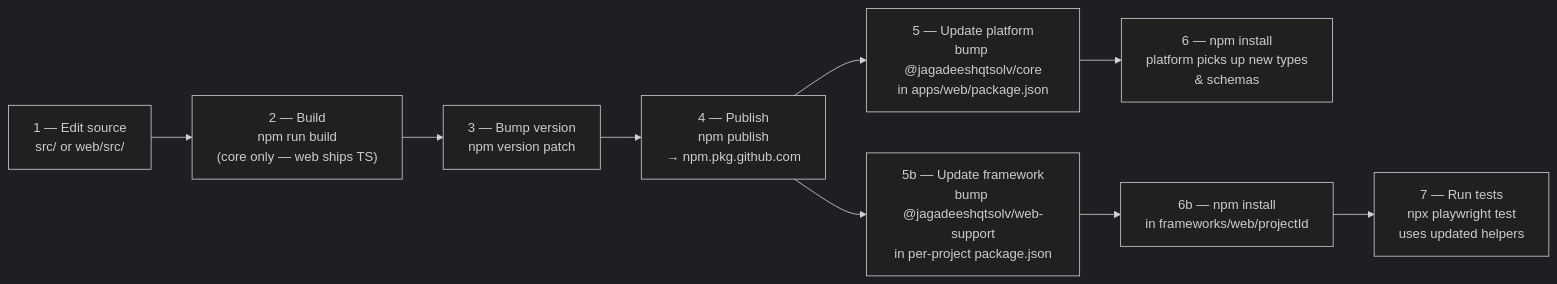
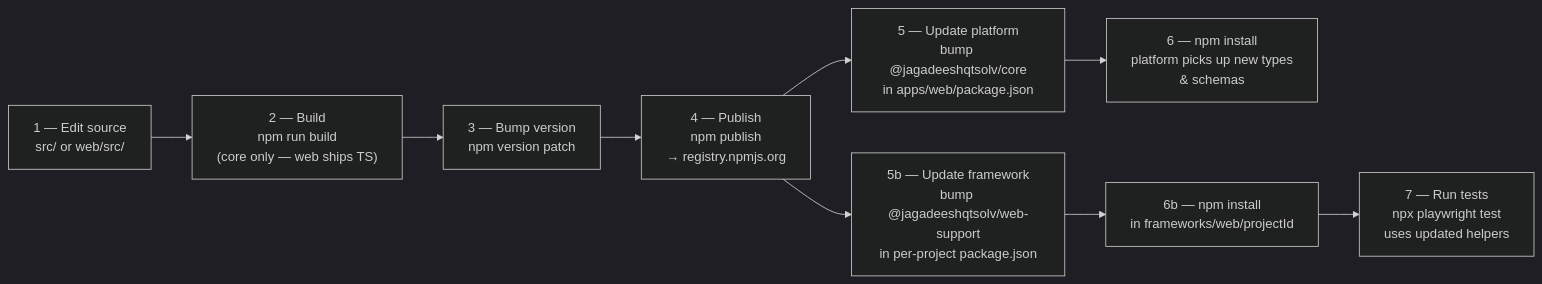
The sixth of 6 diagrams in docs/ARCHITECTURE.md (jagadeeshqtsolv/automation-ai-core), drawn with Mermaid (dark theme) before and after one commit. The commit also changed other lines of this file and 1 other file, not shown here.

Commit message:
docs: migrate from GitHub Packages to npmjs.com
README.md: full rewrite - remove GitHub auth requirements, add clear
Publishing a new version section with step-by-step instructions,
update package links to npmjs.com, add recorder CLI docs.

docs/ARCHITECTURE.md: update publish lifecycle diagram and
web-support install reference to npmjs.com.

````diff
--- a/docs/ARCHITECTURE.md
+++ b/docs/ARCHITECTURE.md
@@ -162,13 +162,13 @@
 ```mermaid
 flowchart LR
     A["1 — Edit source\nsrc/ or web/src/"] --> B["2 — Build\nnpm run build\n(core only — web ships TS)"]
     B --> C["3 — Bump version\nnpm version patch"]
-    C --> D["4 — Publish\nnpm publish\n→ npm.pkg.github.com"]
+    C --> D["4 — Publish\nnpm publish\n→ registry.npmjs.org"]
 
     D --> E["5 — Update platform\nbump @jagadeeshqtsolv/core\nin apps/web/package.json"]
     E --> F["6 — npm install\nplatform picks up new types\n& schemas"]
 
     D --> G["5b — Update framework\nbump @jagadeeshqtsolv/web-support\nin per-project package.json"]
     G --> H["6b — npm install\nin frameworks/web/projectId"]
     H --> I["7 — Run tests\nnpx playwright test\nuses updated helpers"]
 ```
````
